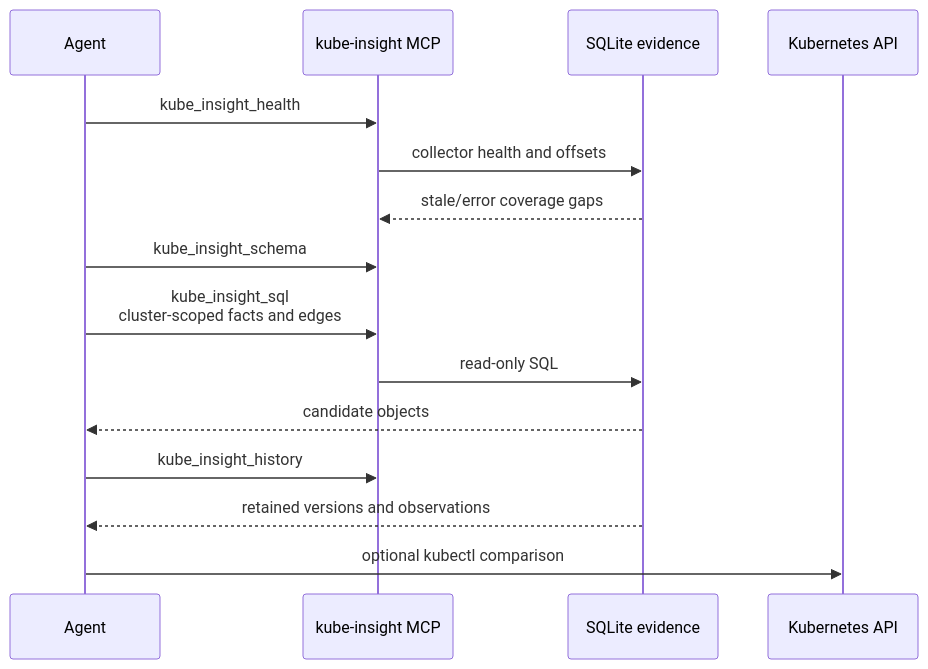
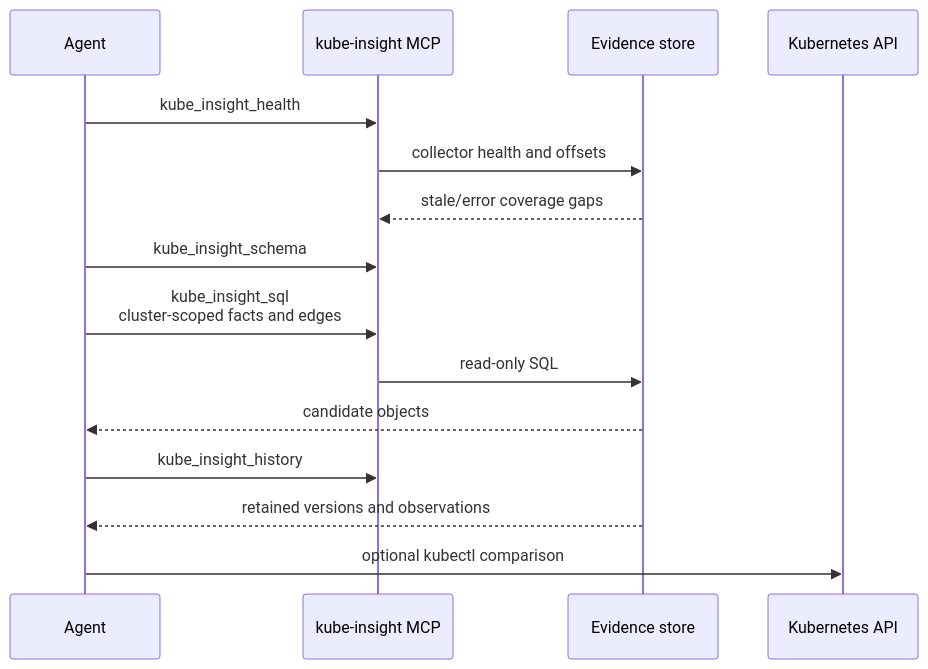
One commit to nowakeai/kube-insight changed the second of 3 diagrams in README.md. Above: the diagram before and after it, drawn with Mermaid. The commit also changed other lines of this file and 2 other files, not shown here.

````diff
--- a/README.md
+++ b/README.md
@@ -122,18 +135,18 @@
 ```mermaid
 sequenceDiagram
   participant Agent
   participant MCP as kube-insight MCP
-  participant DB as SQLite evidence
+  participant DB as Evidence store
   participant Kube as Kubernetes API
 
   Agent->>MCP: kube_insight_health
   MCP->>DB: collector health and offsets
   DB-->>MCP: stale/error coverage gaps
   Agent->>MCP: kube_insight_schema
   Agent->>MCP: kube_insight_sql<br/>cluster-scoped facts and edges
   MCP->>DB: read-only SQL
   DB-->>Agent: candidate objects
   Agent->>MCP: kube_insight_history
   DB-->>Agent: retained versions and observations
   Agent->>Kube: optional kubectl comparison
 ```
````
